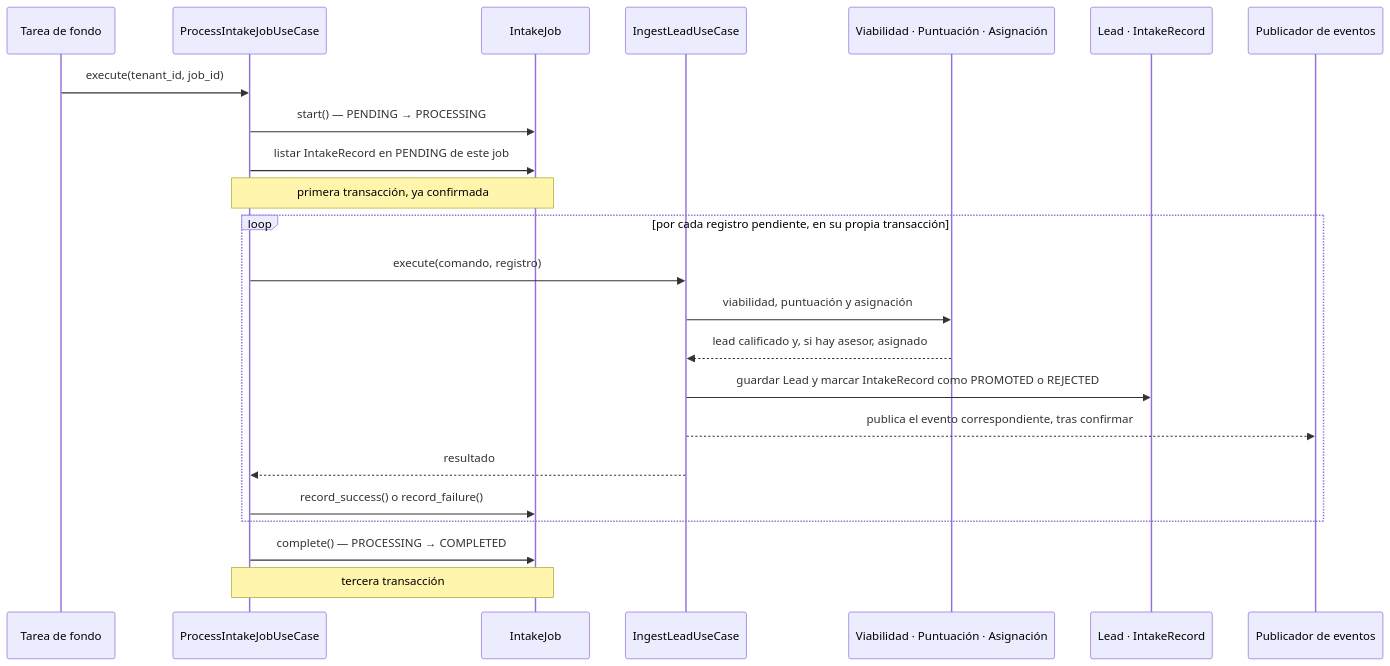
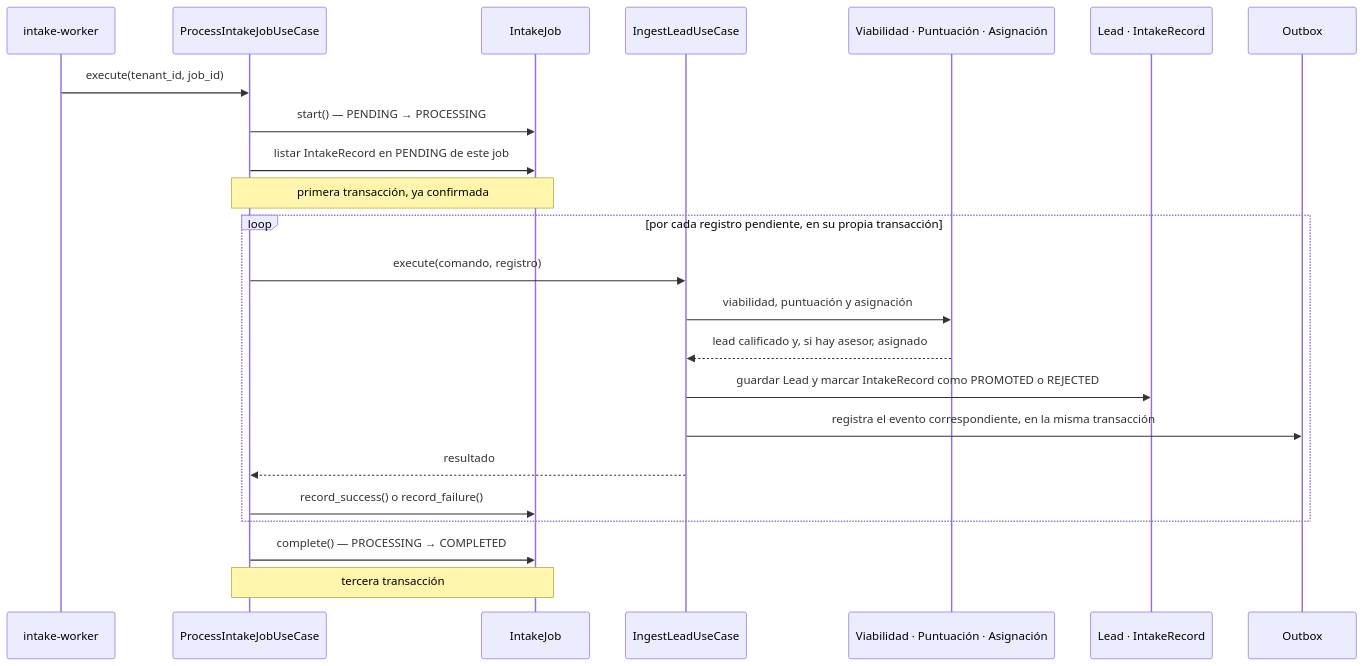
One commit to MDCIrony/leads-hexa changed the second of 2 diagrams in docs/content/arquitectura/recorrido-de-un-lead.md. Above: the diagram before and after it, drawn with Mermaid. The commit also changed other lines of this file and 8 other files, not shown here.

````diff
--- a/docs/content/arquitectura/recorrido-de-un-lead.md
+++ b/docs/content/arquitectura/recorrido-de-un-lead.md
@@ -42,28 +44,28 @@
 ```mermaid
 sequenceDiagram
-    participant Fondo as Tarea de fondo
+    participant Fondo as intake-worker
     participant Job as ProcessIntakeJobUseCase
     participant BD1 as IntakeJob
     participant Ingesta as IngestLeadUseCase
     participant Motores as Viabilidad · Puntuación · Asignación
     participant BD2 as Lead · IntakeRecord
-    participant Eventos as Publicador de eventos
+    participant Eventos as Outbox
 
     Fondo->>Job: execute(tenant_id, job_id)
     Job->>BD1: start() — PENDING → PROCESSING
     Job->>BD1: listar IntakeRecord en PENDING de este job
     Note over Job,BD1: primera transacción, ya confirmada
 
     loop por cada registro pendiente, en su propia transacción
         Job->>Ingesta: execute(comando, registro)
         Ingesta->>Motores: viabilidad, puntuación y asignación
         Motores-->>Ingesta: lead calificado y, si hay asesor, asignado
         Ingesta->>BD2: guardar Lead y marcar IntakeRecord como PROMOTED o REJECTED
-        Ingesta-->>Eventos: publica el evento correspondiente, tras confirmar
+        Ingesta->>Eventos: registra el evento correspondiente, en la misma transacción
         Ingesta-->>Job: resultado
         Job->>BD1: record_success() o record_failure()
     end
 
     Job->>BD1: complete() — PROCESSING → COMPLETED
     Note over Job,BD1: tercera transacción
 ```
````
